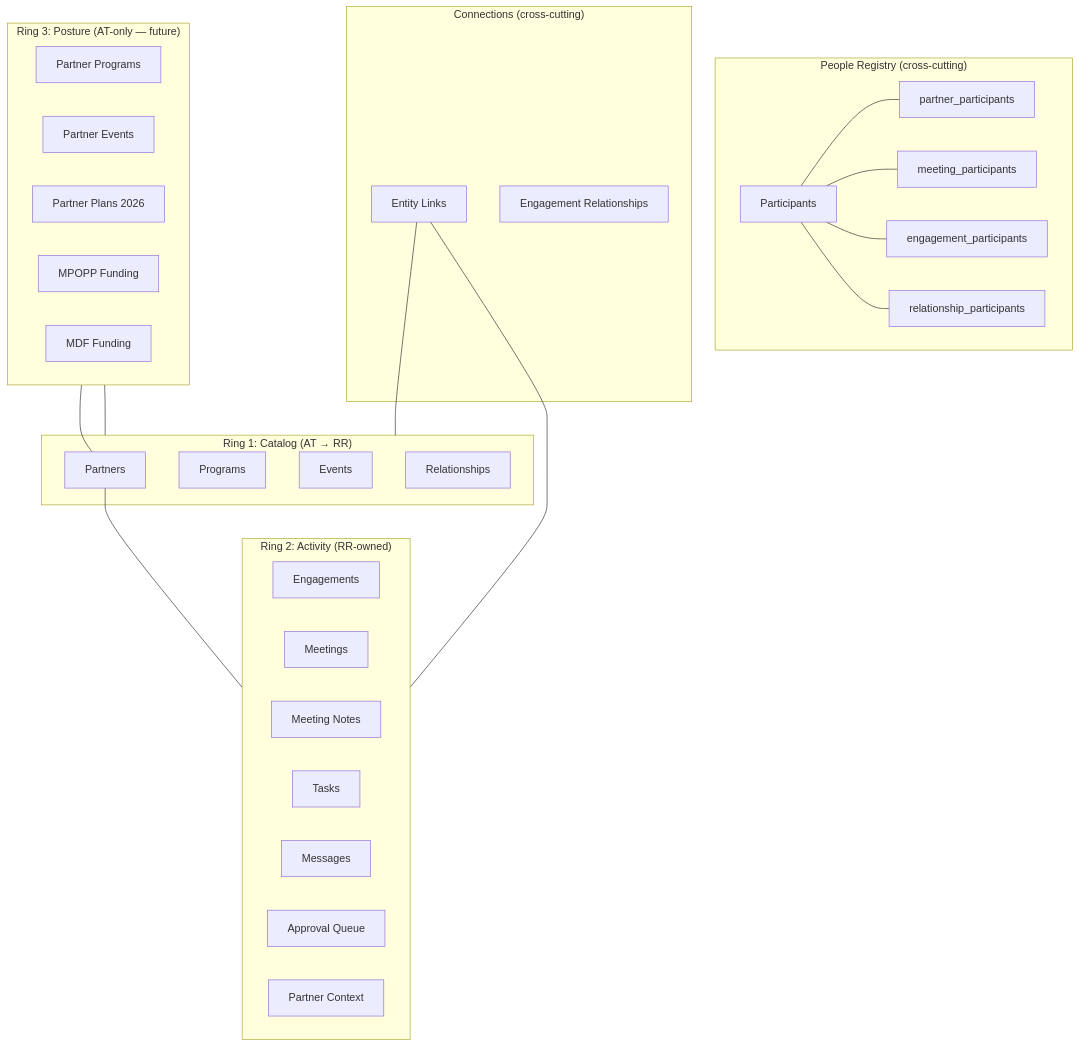
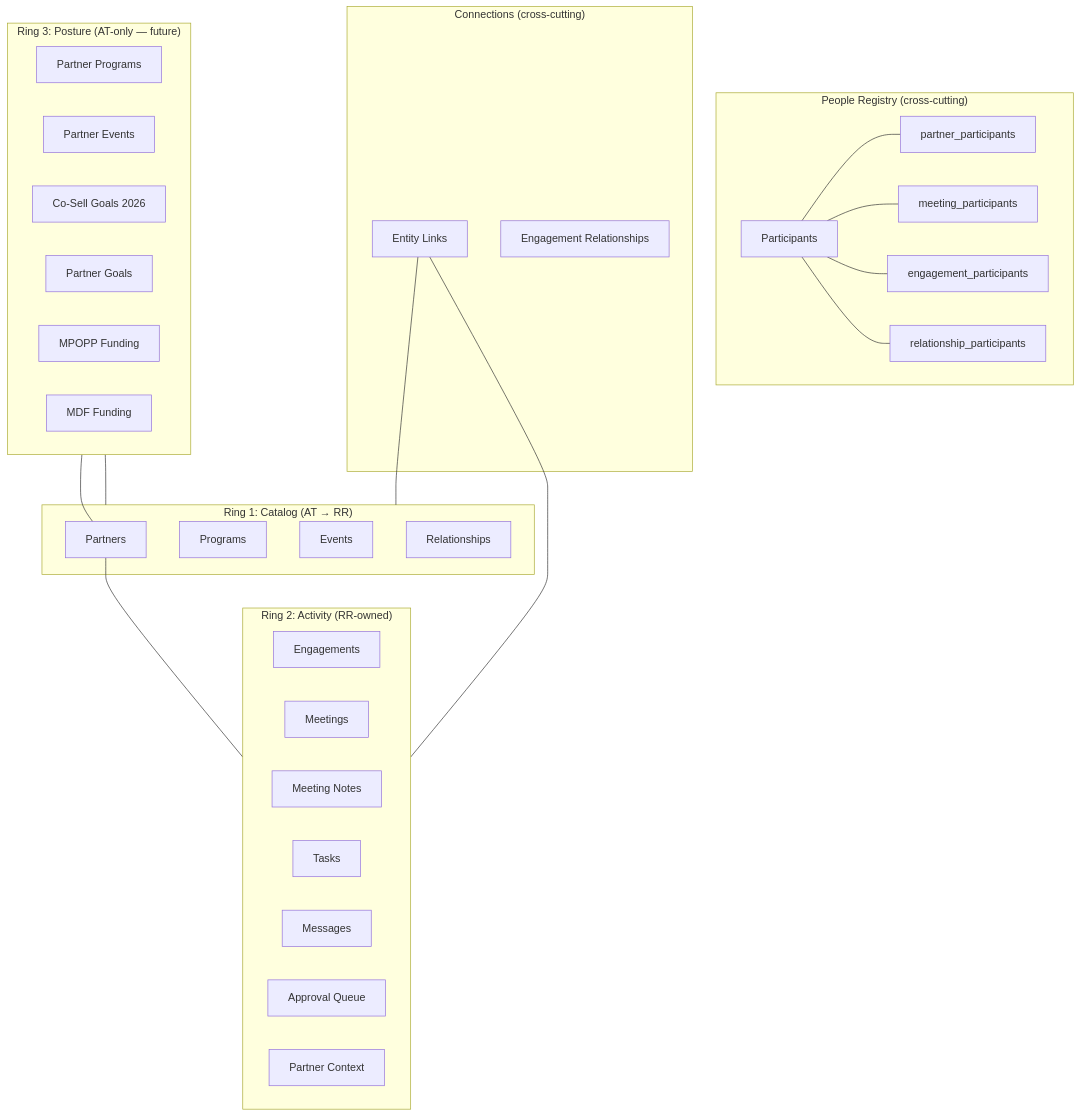
The first of 5 diagrams in docs/entity-model.md (zingozingo/roadrunner), drawn with Mermaid before and after one commit. The commit also changed other lines of this file and 3 other files, not shown here.

````diff
--- a/docs/entity-model.md
+++ b/docs/entity-model.md
@@ -22,47 +22,48 @@
 ```mermaid
 graph TB
     subgraph RING1["Ring 1: Catalog (AT → RR)"]
         PARTNERS[Partners]
         PROGRAMS[Programs]
         EVENTS[Events]
         RELATIONSHIPS[Relationships]
     end
 
     subgraph RING2["Ring 2: Activity (RR-owned)"]
         ENGAGEMENTS[Engagements]
         MEETINGS[Meetings]
         MEETING_NOTES[Meeting Notes]
         TASKS[Tasks]
         MESSAGES[Messages]
         APPROVAL_QUEUE[Approval Queue]
         PARTNER_CONTEXT[Partner Context]
     end
 
     subgraph PEOPLE["People Registry (cross-cutting)"]
         PARTICIPANTS[Participants]
         PP[partner_participants]
         MP[meeting_participants]
         EP[engagement_participants]
         RP[relationship_participants]
     end
 
     subgraph JUNCTIONS["Connections (cross-cutting)"]
         EL[Entity Links]
         ER[Engagement Relationships]
     end
 
     subgraph RING3["Ring 3: Posture (AT-only — future)"]
         PARTNER_PROGRAMS[Partner Programs]
         PARTNER_EVENTS[Partner Events]
-        PARTNER_PLANS[Partner Plans 2026]
+        COSELL_GOALS[Co-Sell Goals 2026]
+        PARTNER_GOALS[Partner Goals]
         MPOPP[MPOPP Funding]
         MDF[MDF Funding]
     end
 
     PARTNERS --- RING2
     PARTICIPANTS --- PP & MP & EP & RP
     EL --- RING1
     EL --- RING2
     RING3 --- PARTNERS
     RING3 --- RING1
 ```
````
